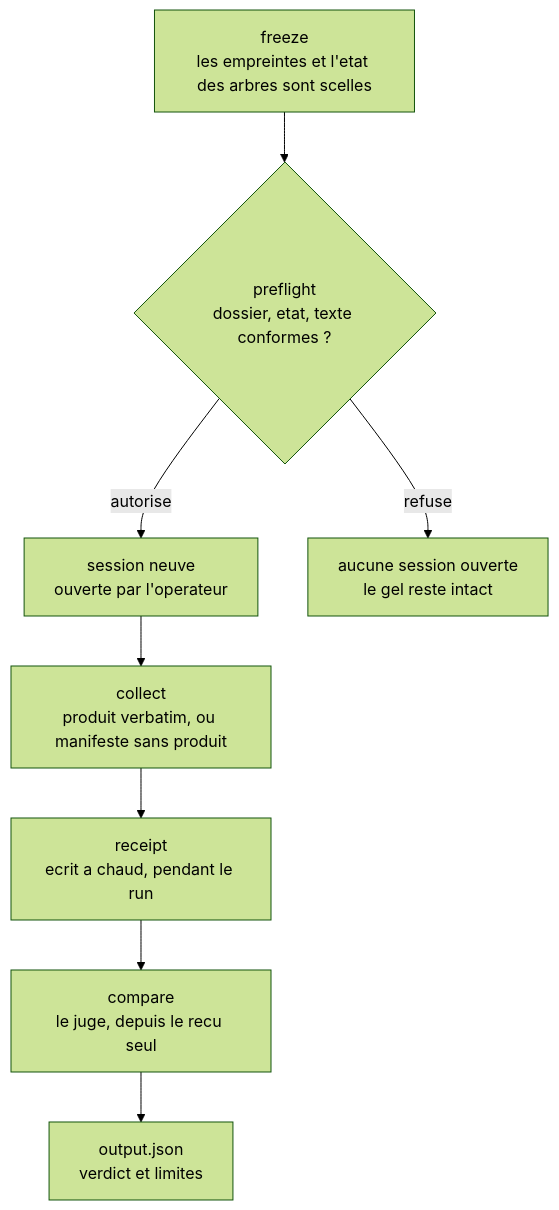
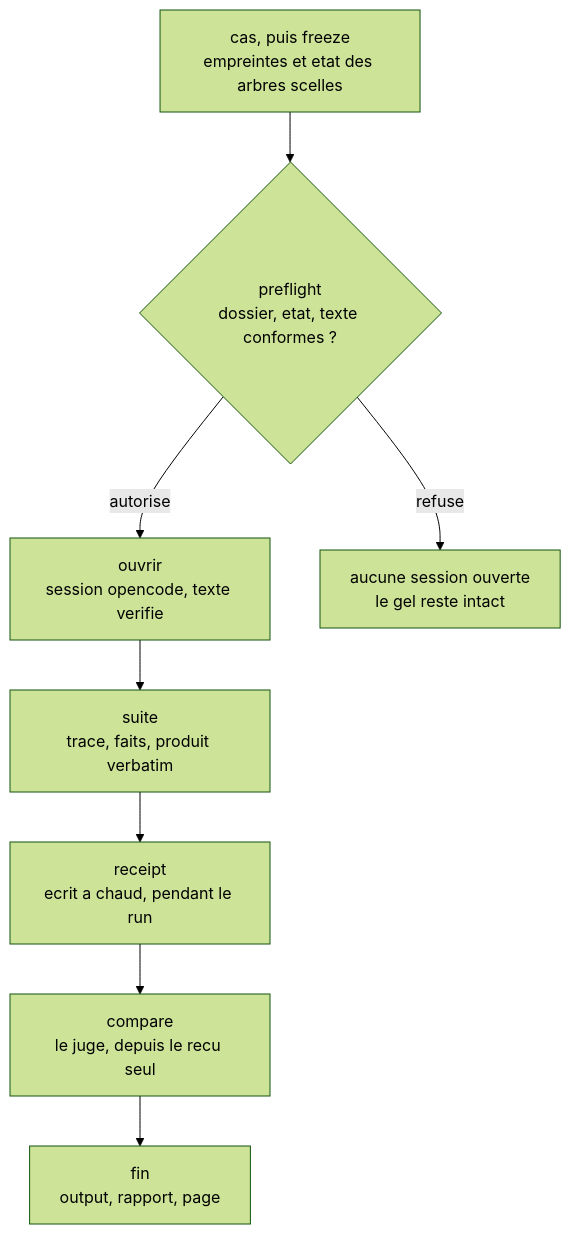
One commit to giak/aidd-device changed the third of 5 diagrams in docs/ARCHITECTURE.md. Above: the diagram before and after it, drawn with Mermaid (forest theme). The commit also changed other lines of this file and 3 other files, not shown here.

First line of the commit message:
Réparer le frontmatter d'ARCHITECTURE et la remettre sur ses pièces

````diff
--- a/docs/ARCHITECTURE.md
+++ b/docs/ARCHITECTURE.md
@@ -150,10 +185,10 @@
 ```mermaid
 flowchart TD
-  A["freeze<br/>les empreintes et l'etat des arbres sont scelles"] --> B{"preflight<br/>dossier, etat, texte conformes ?"}
-  B -->|"autorise"| C["session neuve<br/>ouverte par l'operateur"]
+  A["cas, puis freeze<br/>empreintes et etat des arbres scelles"] --> B{"preflight<br/>dossier, etat, texte conformes ?"}
+  B -->|"autorise"| C["ouvrir<br/>session opencode, texte verifie"]
   B -->|"refuse"| Z["aucune session ouverte<br/>le gel reste intact"]
-  C --> D["collect<br/>produit verbatim, ou manifeste sans produit"]
+  C --> D["suite<br/>trace, faits, produit verbatim"]
   D --> E["receipt<br/>ecrit a chaud, pendant le run"]
   E --> F["compare<br/>le juge, depuis le recu seul"]
-  F --> G["output.json<br/>verdict et limites"]
+  F --> G["fin<br/>output, rapport, page"]
 ```
````
